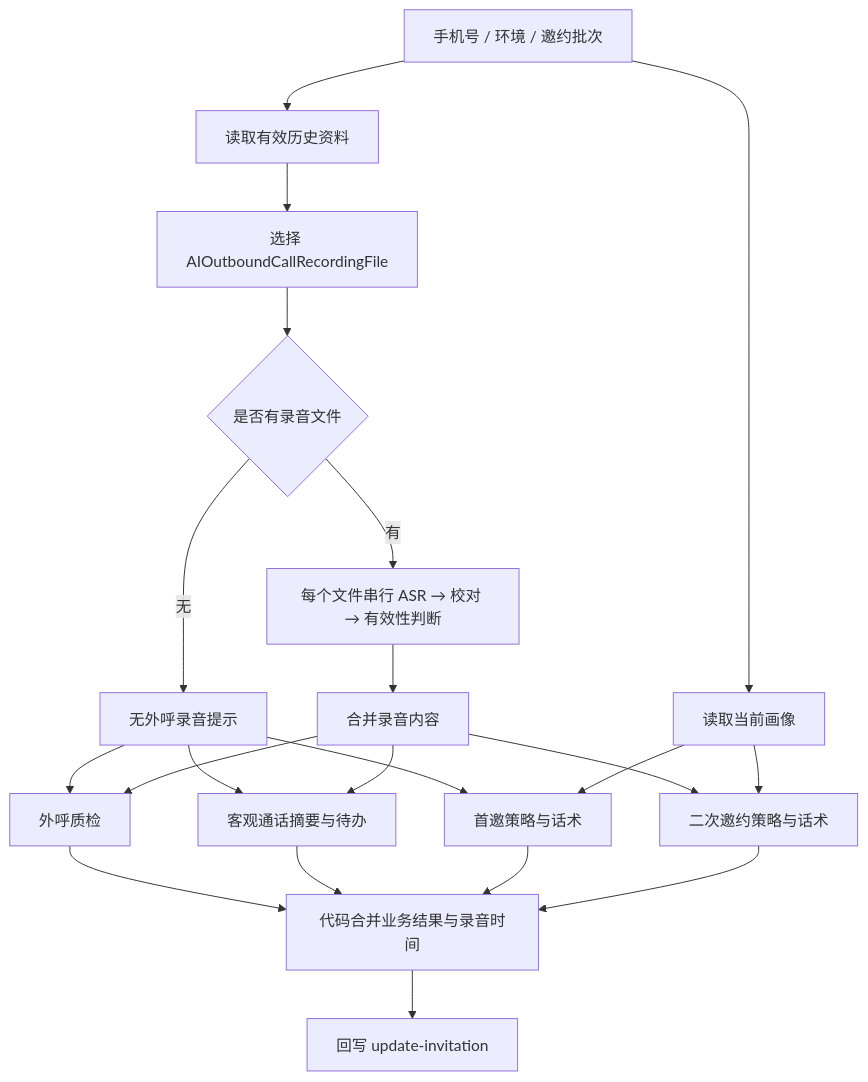
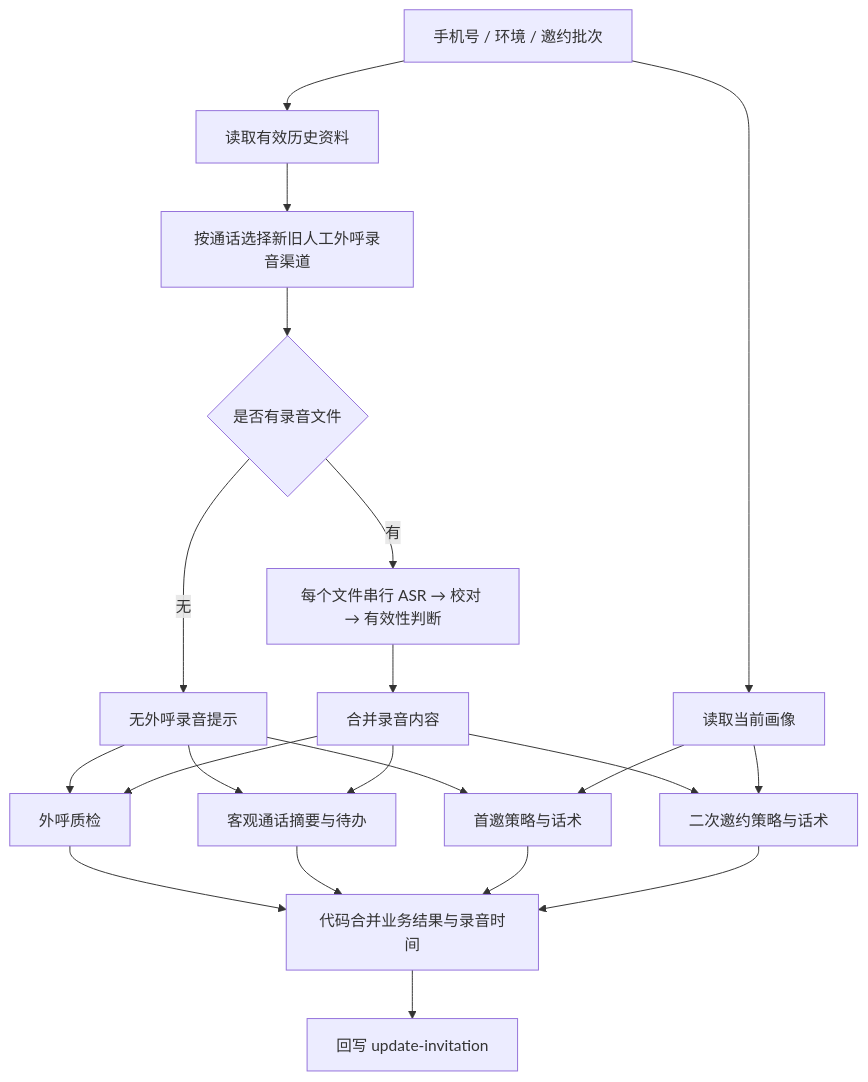
Before and after one commit to Jerry-Kung/CustomerProfile: the first of 2 diagrams in docs/design/邀约工作流高代码迁移.md, drawn with Mermaid. The commit also changed other lines of this file and 9 other files, not shown here.

````diff
--- a/docs/design/邀约工作流高代码迁移.md
+++ b/docs/design/邀约工作流高代码迁移.md
@@ -20,23 +20,23 @@
 ```mermaid
 flowchart TD
     Input[手机号 / 环境 / 邀约批次] --> Profile[读取当前画像]
     Input --> History[读取有效历史资料]
-    History --> Select[选择 AIOutboundCallRecordingFile]
+    History --> Select[按通话选择新旧人工外呼录音渠道]
     Select --> Files{是否有录音文件}
     Files -->|无| Empty[无外呼录音提示]
     Files -->|有| ASR[每个文件串行 ASR → 校对 → 有效性判断]
     ASR --> Transcript[合并录音内容]
     Empty --> Audit[外呼质检]
     Transcript --> Audit
     Empty --> Todo[客观通话摘要与待办]
     Transcript --> Todo
     Empty --> First[首邀策略与话术]
     Profile --> First
     Transcript --> Next[二次邀约策略与话术]
     Profile --> Next
     Audit --> Merge[代码合并业务结果与录音时间]
     Todo --> Merge
     First --> Merge
     Next --> Merge
     Merge --> Callback[回写 update-invitation]
 ```
````
